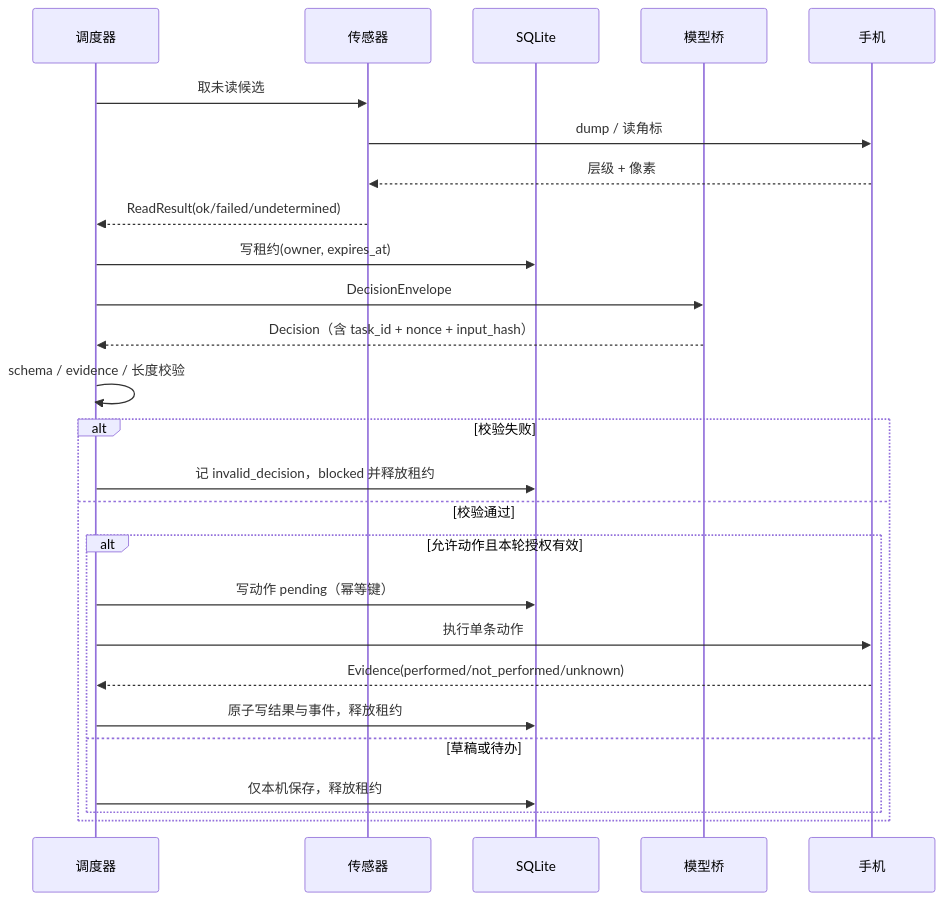
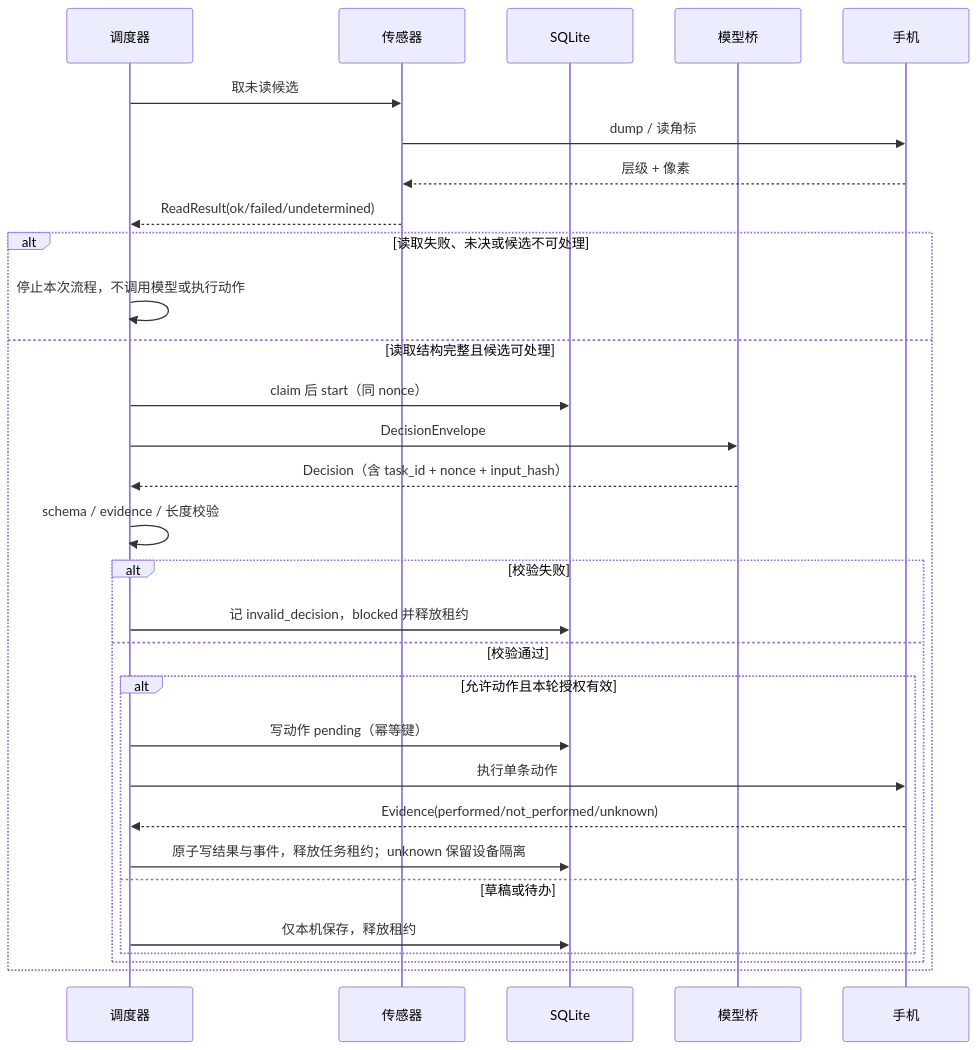
The second of 6 diagrams in docs/BOSS直聘_求职自动化_实施计划_20261123.md (bin448482/job-application-openagent), drawn with Mermaid before and after one commit. The commit also changed other lines of this file and 4 other files, not shown here.

````diff
--- a/docs/BOSS直聘_求职自动化_实施计划_20261123.md
+++ b/docs/BOSS直聘_求职自动化_实施计划_20261123.md
@@ -63,29 +63,33 @@
 ```mermaid
 sequenceDiagram
   participant Sch as 调度器
   participant Sen as 传感器
   participant DB as SQLite
   participant Br as 模型桥
   participant Dev as 手机
 
   Sch->>Sen: 取未读候选
   Sen->>Dev: dump / 读角标
   Dev-->>Sen: 层级 + 像素
   Sen-->>Sch: ReadResult(ok/failed/undetermined)
-  Sch->>DB: 写租约(owner, expires_at)
+  alt 读取失败、未决或候选不可处理
+    Sch->>Sch: 停止本次流程，不调用模型或执行动作
+  else 读取结构完整且候选可处理
+  Sch->>DB: claim 后 start（同 nonce）
   Sch->>Br: DecisionEnvelope
   Br-->>Sch: Decision（含 task_id + nonce + input_hash）
   Sch->>Sch: schema / evidence / 长度校验
   alt 校验失败
     Sch->>DB: 记 invalid_decision，blocked 并释放租约
   else 校验通过
     alt 允许动作且本轮授权有效
       Sch->>DB: 写动作 pending（幂等键）
       Sch->>Dev: 执行单条动作
       Dev-->>Sch: Evidence(performed/not_performed/unknown)
-      Sch->>DB: 原子写结果与事件，释放租约
+      Sch->>DB: 原子写结果与事件，释放任务租约；unknown 保留设备隔离
     else 草稿或待办
       Sch->>DB: 仅本机保存，释放租约
     end
   end
+  end
 ```
````
